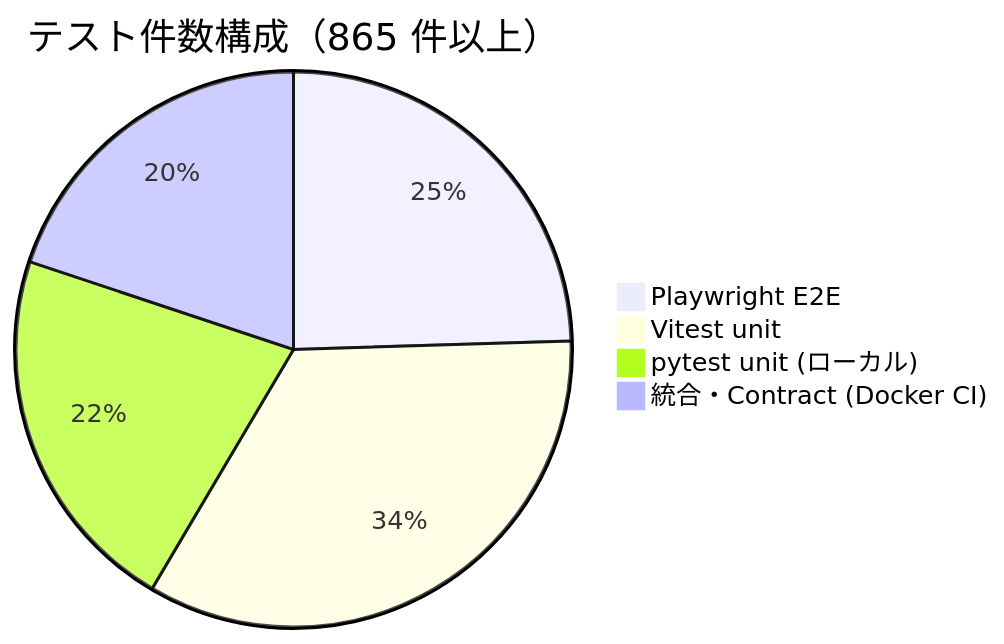
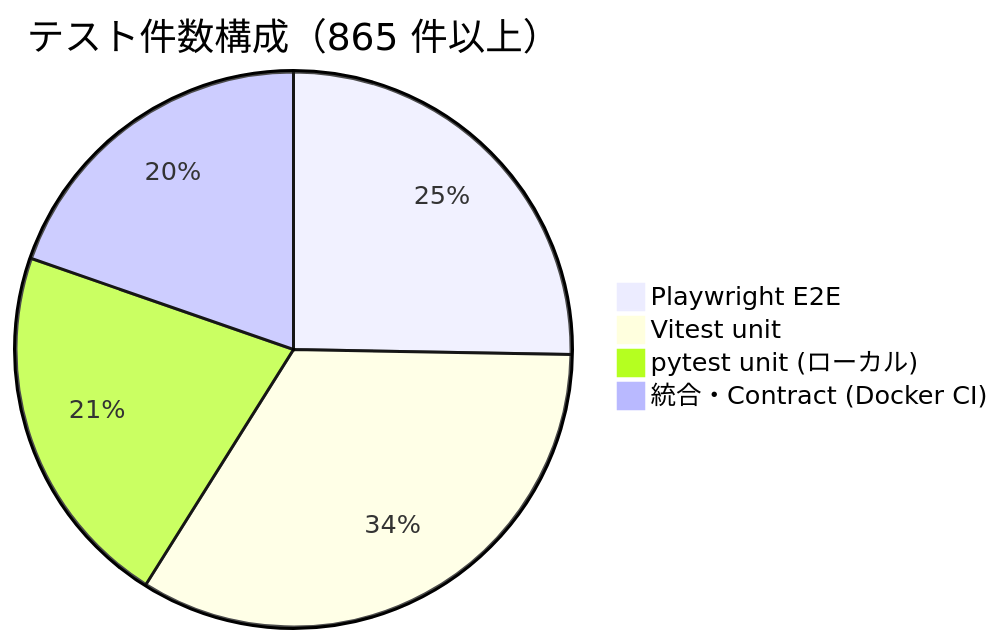
The seventh of 10 diagrams in README.md (Kensan196948G/ServiceHub-Construction-Platform), drawn with Mermaid before and after one commit. The commit also changed other lines of this file, not shown here.

````diff
--- a/README.md
+++ b/README.md
@@ -422,7 +426,7 @@
 ```mermaid
 pie title テスト件数構成（865 件以上）
-    "Playwright E2E" : 212
+    "Playwright E2E" : 221
     "Vitest unit" : 294
     "pytest unit (ローカル)" : 187
     "統合・Contract (Docker CI)" : 172
 ```
````
